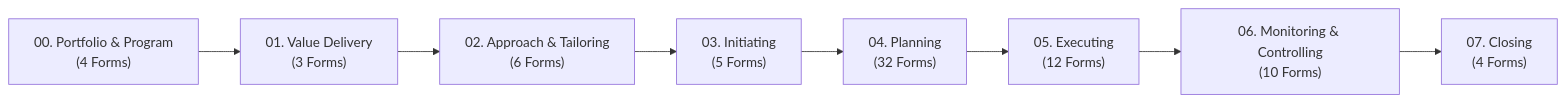
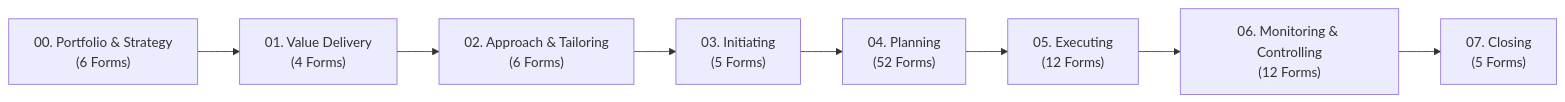
One commit to fakhruldeen/Tasleemat changed the diagram in README.md. Above: the diagram before and after it, drawn with Mermaid. The commit also changed other lines of this file and 1 other file, not shown here.

Commit message:
docs: update README and README_AR with 102 forms and PMBOK 8th Edition Ready highlights

````diff
--- a/README.md
+++ b/README.md
@@ -90,10 +94,10 @@
 ```mermaid
 flowchart LR
-    P0["00. Portfolio & Program<br/>(4 Forms)"] --> P1["01. Value Delivery<br/>(3 Forms)"]
+    P0["00. Portfolio & Strategy<br/>(6 Forms)"] --> P1["01. Value Delivery<br/>(4 Forms)"]
     P1 --> P2["02. Approach & Tailoring<br/>(6 Forms)"]
     P2 --> P3["03. Initiating<br/>(5 Forms)"]
-    P3 --> P4["04. Planning<br/>(32 Forms)"]
+    P3 --> P4["04. Planning<br/>(52 Forms)"]
     P4 --> P5["05. Executing<br/>(12 Forms)"]
-    P5 --> P6["06. Monitoring & Controlling<br/>(10 Forms)"]
-    P6 --> P7["07. Closing<br/>(4 Forms)"]
+    P5 --> P6["06. Monitoring & Controlling<br/>(12 Forms)"]
+    P6 --> P7["07. Closing<br/>(5 Forms)"]
 ```
````
